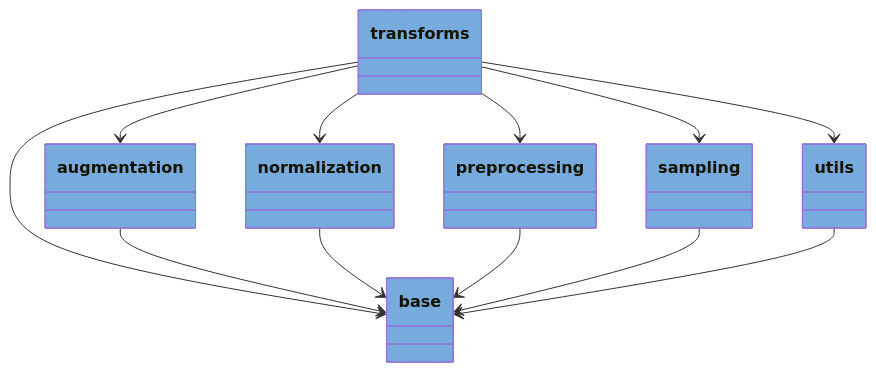
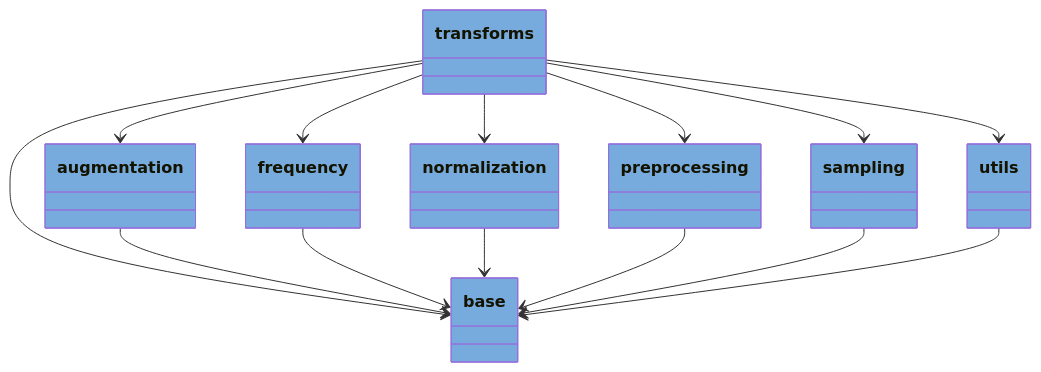
One commit to voidsy-gmbh/pyThermoNDT changed the diagram in docs/pyreverse/mermaid/packages_pythermondt.transforms.mmd. Above: the diagram before and after it, drawn with Mermaid. The commit also changed 13 other files, not shown here.

```diff
--- a/docs/pyreverse/mermaid/packages_pythermondt.transforms.mmd
+++ b/docs/pyreverse/mermaid/packages_pythermondt.transforms.mmd
@@ -1,33 +1,38 @@
 classDiagram
   class transforms {
   }
   style transforms fill:#77AADD
   class augmentation {
   }
   style augmentation fill:#77AADD
   class base {
   }
   style base fill:#77AADD
+  class frequency {
+  }
+  style frequency fill:#77AADD
   class normalization {
   }
   style normalization fill:#77AADD
   class preprocessing {
   }
   style preprocessing fill:#77AADD
   class sampling {
   }
   style sampling fill:#77AADD
   class utils {
   }
   style utils fill:#77AADD
   transforms --> augmentation
   transforms --> base
+  transforms --> frequency
   transforms --> normalization
   transforms --> preprocessing
   transforms --> sampling
   transforms --> utils
   augmentation --> base
+  frequency --> base
   normalization --> base
   preprocessing --> base
   sampling --> base
   utils --> base
```
